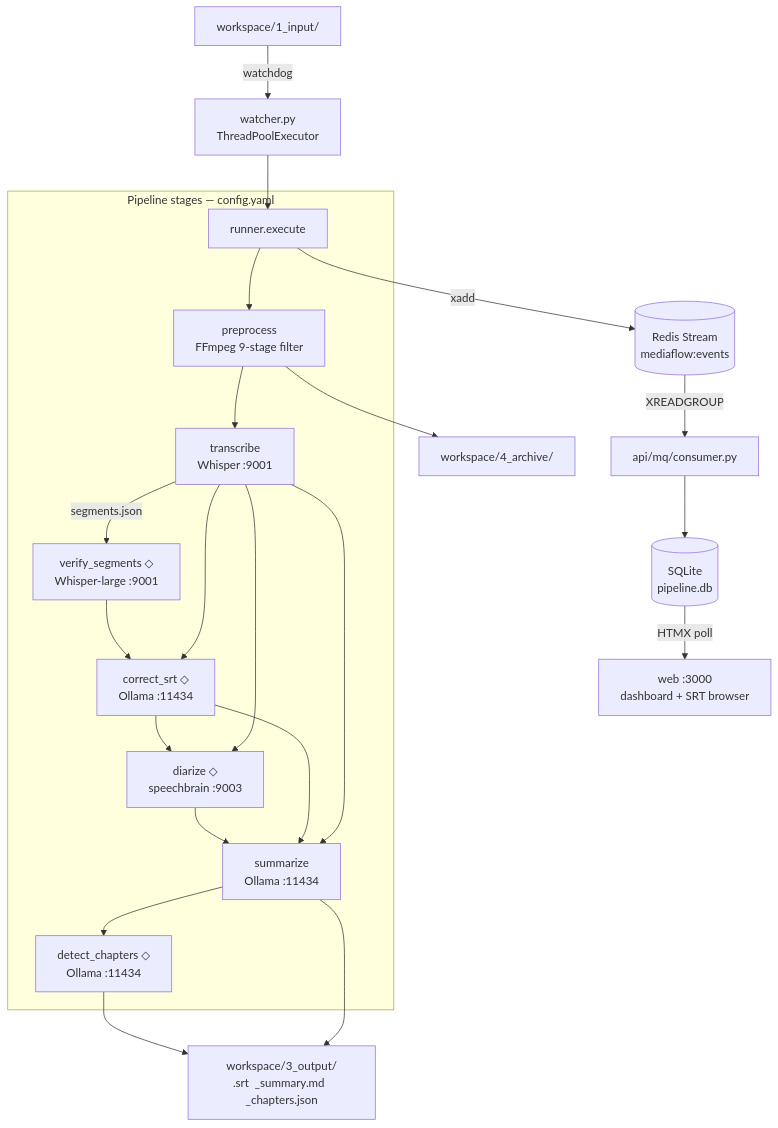
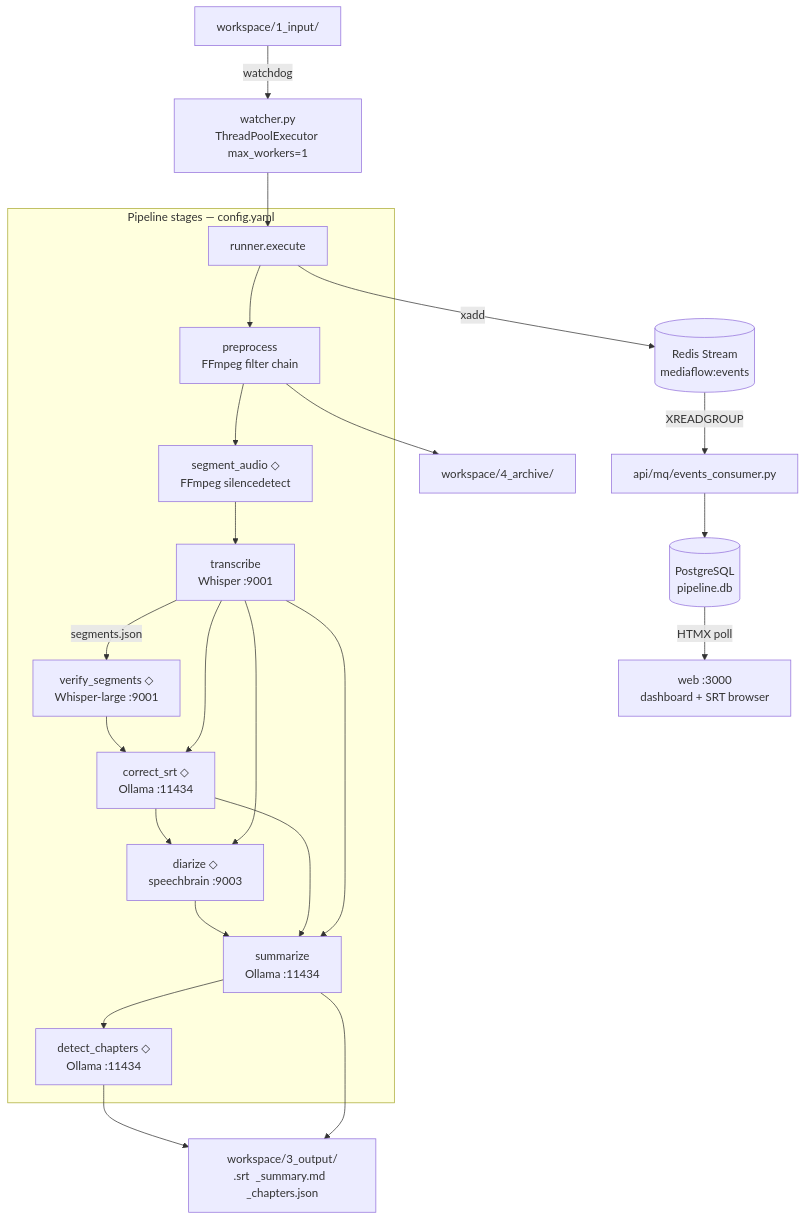
Before and after one commit to Lung-Yu/mediaflow: the diagram in CLAUDE.md, drawn with Mermaid. The commit also changed other lines of this file, not shown here.

First line of the commit message:
docs: update CLAUDE.md for v0.2.0 — architecture, stages, config, scripts

````diff
--- a/CLAUDE.md
+++ b/CLAUDE.md
@@ -32,28 +37,29 @@
 ```mermaid
 flowchart TD
-    IN[workspace/1_input/] -->|watchdog| W[watcher.py\nThreadPoolExecutor]
+    IN[workspace/1_input/] -->|watchdog| W[watcher.py\nThreadPoolExecutor max_workers=1]
     W --> RUN[runner.execute]
 
     subgraph pipeline [Pipeline stages — config.yaml]
-        RUN --> PRE[preprocess\nFFmpeg 9-stage filter]
-        PRE --> TR[transcribe\nWhisper :9001]
+        RUN --> PRE[preprocess\nFFmpeg filter chain]
+        PRE --> SEG[segment_audio ◇\nFFmpeg silencedetect]
+        SEG --> TR[transcribe\nWhisper :9001]
         TR -->|segments.json| VER[verify_segments ◇\nWhisper-large :9001]
         VER --> COR[correct_srt ◇\nOllama :11434]
         TR --> COR
         COR --> DIAR[diarize ◇\nspeechbrain :9003]
         TR --> DIAR
         DIAR --> SUM[summarize\nOllama :11434]
         COR --> SUM
         TR --> SUM
         SUM --> CH[detect_chapters ◇\nOllama :11434]
     end
 
     CH --> OUT[workspace/3_output/\n.srt  _summary.md  _chapters.json]
     SUM --> OUT
     PRE --> ARC[workspace/4_archive/]
 
     RUN -->|xadd| RED[(Redis Stream\nmediaflow:events)]
-    RED -->|XREADGROUP| CON[api/mq/consumer.py]
-    CON --> DB[(SQLite\npipeline.db)]
+    RED -->|XREADGROUP| CON[api/mq/events_consumer.py]
+    CON --> DB[(PostgreSQL\npipeline.db)]
     DB -->|HTMX poll| DASH[web :3000\ndashboard + SRT browser]
 ```
````
